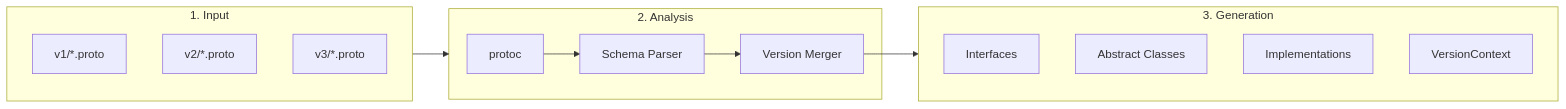
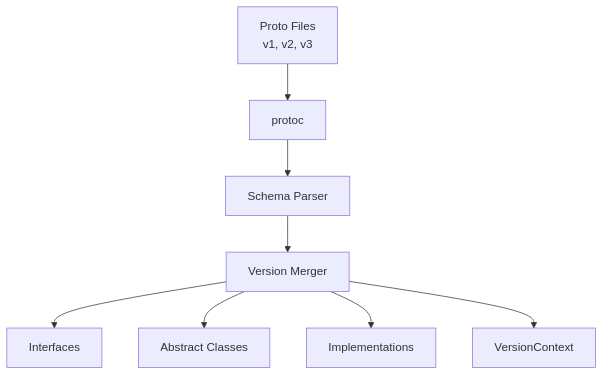
Before and after one commit to alnovis/nebula: the first of 3 diagrams in content/projects/proto-wrapper-plugin.md, drawn with Mermaid. The commit also changed other lines of this file and 9 other files, not shown here.

````diff
--- a/content/projects/proto-wrapper-plugin.md
+++ b/content/projects/proto-wrapper-plugin.md
@@ -40,25 +40,13 @@
 ```mermaid
-flowchart LR
-    subgraph Input["1. Input"]
-        P1["v1/*.proto"]
-        P2["v2/*.proto"]
-        P3["v3/*.proto"]
-    end
+flowchart TD
+    P[Proto Files<br/>v1, v2, v3]
 
-    subgraph Analysis["2. Analysis"]
-        PE[protoc]
-        PA[Schema Parser]
-        VM[Version Merger]
-        PE --> PA --> VM
-    end
+    P --> PROTOC[protoc]
+    PROTOC --> PARSER[Schema Parser]
+    PARSER --> MERGER[Version Merger]
 
-    subgraph Generation["3. Generation"]
-        IG[Interfaces]
-        AG[Abstract Classes]
-        IC[Implementations]
-        VC[VersionContext]
-    end
-
-    Input --> Analysis
-    VM --> Generation
+    MERGER --> IF[Interfaces]
+    MERGER --> AC[Abstract Classes]
+    MERGER --> IMPL[Implementations]
+    MERGER --> CTX[VersionContext]
 ```
````
